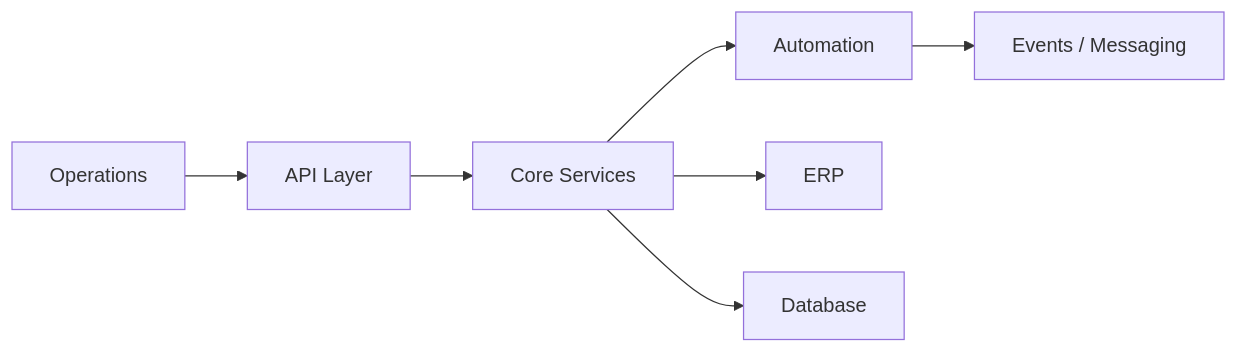
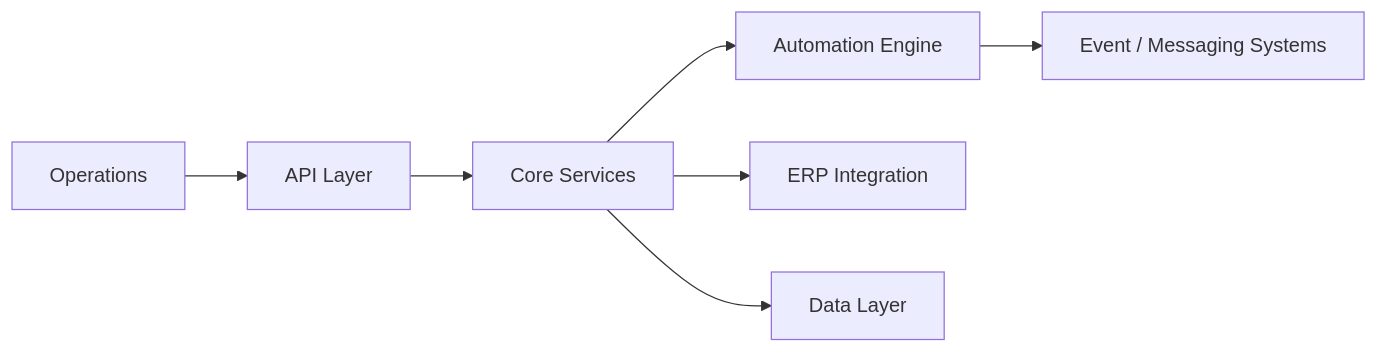
Before and after one commit to M0hammadNatsheh/M0hammadNatsheh: the diagram in README.md, drawn with Mermaid. The commit also changed other lines of this file, not shown here.

````diff
--- a/README.md
+++ b/README.md
@@ -33,9 +38,9 @@
 ```mermaid
 graph LR
     A[Operations] --> B[API Layer]
     B --> C[Core Services]
-    C --> D[Automation]
-    C --> E[ERP]
-    C --> F[Database]
-    D --> G[Events / Messaging]
+    C --> D[Automation Engine]
+    C --> E[ERP Integration]
+    C --> F[Data Layer]
+    D --> G[Event / Messaging Systems]
 ```
````
